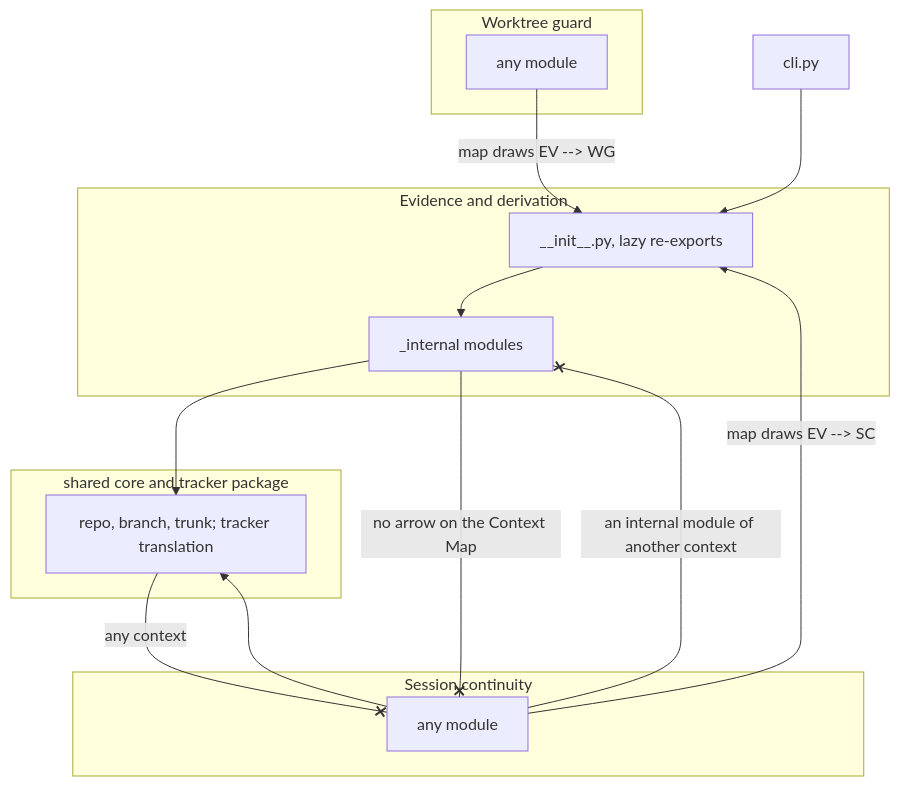
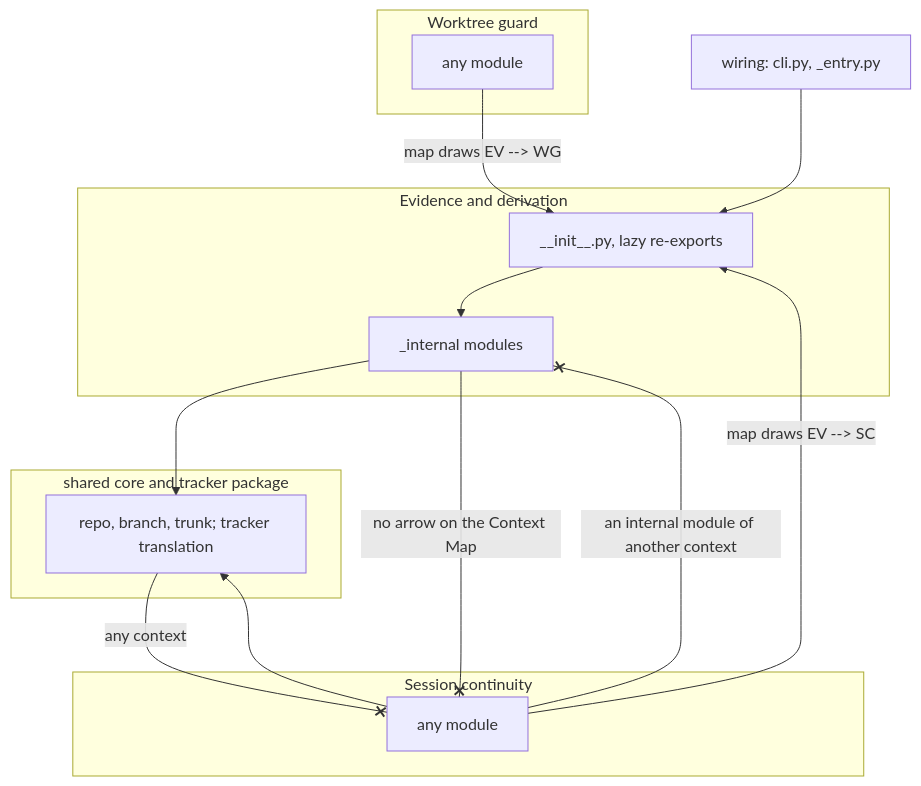
Before and after one commit to aamarin/wfctl: the diagram in docs/architecture/contexts-are-packages.md, drawn with Mermaid. The commit also changed other lines of this file, not shown here.

First line of the commit message:
docs(arch): define wiring in contexts-are-packages rule 5

````diff
--- a/docs/architecture/contexts-are-packages.md
+++ b/docs/architecture/contexts-are-packages.md
@@ -120,27 +126,27 @@
 ```mermaid
 flowchart TB
     subgraph EV["Evidence and derivation"]
         EVP["__init__.py, lazy re-exports"]
         EVI["_internal modules"]
         EVP --> EVI
     end
     subgraph SC["Session continuity"]
         SCM["any module"]
     end
     subgraph WG["Worktree guard"]
         WGM["any module"]
     end
     subgraph SH["shared core and tracker package"]
         SHM["repo, branch, trunk; tracker translation"]
     end
-    CLI["cli.py"]
+    CLI["wiring: cli.py, _entry.py"]
 
     SCM -->|"map draws EV --> SC"| EVP
     WGM -->|"map draws EV --> WG"| EVP
     SCM --> SHM
     EVI --> SHM
     CLI --> EVP
     SCM -- "an internal module of another context" --x EVI
     EVI -- "no arrow on the Context Map" --x SCM
     SHM -- "any context" --x SCM
 ```
````
